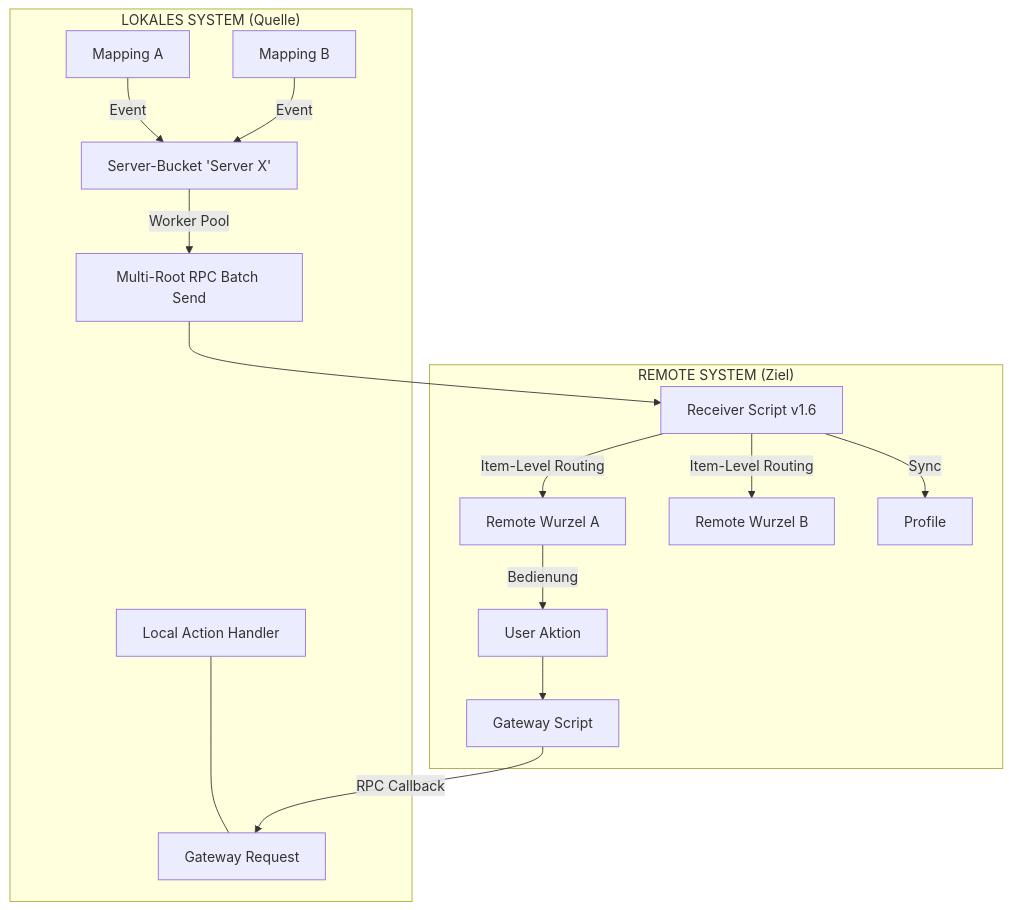
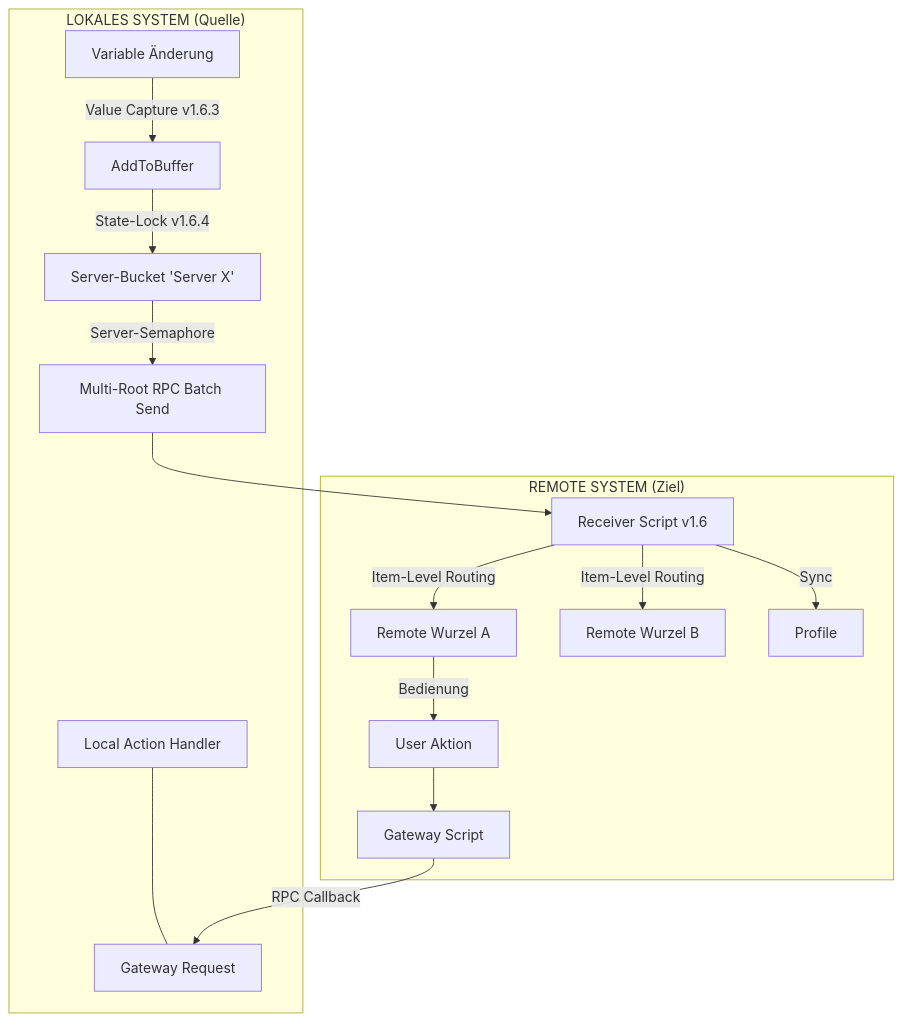
One commit to fisart/Symcon-RemoteMirror changed the first of 4 diagrams in README.md. Above: the diagram before and after it, drawn with Mermaid. The commit also changed other lines of this file, not shown here.

````diff
--- a/README.md
+++ b/README.md
@@ -30,18 +37,18 @@
 ```mermaid
 graph TD
     subgraph "LOKALES SYSTEM (Quelle)"
-        A1[Mapping A] -->|Event| B[Server-Bucket 'Server X']
-        A2[Mapping B] -->|Event| B
-        B -->|Worker Pool| C[Multi-Root RPC Batch Send]
+        A1[Variable Änderung] -->|Value Capture v1.6.3| B[AddToBuffer]
+        B -->|State-Lock v1.6.4| C[Server-Bucket 'Server X']
+        C -->|Server-Semaphore| D[Multi-Root RPC Batch Send]
         L[Local Action Handler] <--- M[Gateway Request]
     end
     subgraph "REMOTE SYSTEM (Ziel)"
-        C --> D[Receiver Script v1.6]
-        D -->|Item-Level Routing| E1[Remote Wurzel A]
-        D -->|Item-Level Routing| E2[Remote Wurzel B]
-        D -->|Sync| F[Profile]
-        E1 -->|Bedienung| G[User Aktion]
-        G --> H[Gateway Script]
-        H -->|RPC Callback| M
+        D --> E[Receiver Script v1.6]
+        E -->|Item-Level Routing| F1[Remote Wurzel A]
+        E -->|Item-Level Routing| F2[Remote Wurzel B]
+        E -->|Sync| G[Profile]
+        F1 -->|Bedienung| H[User Aktion]
+        H --> I[Gateway Script]
+        I -->|RPC Callback| M
     end
 ```
````
